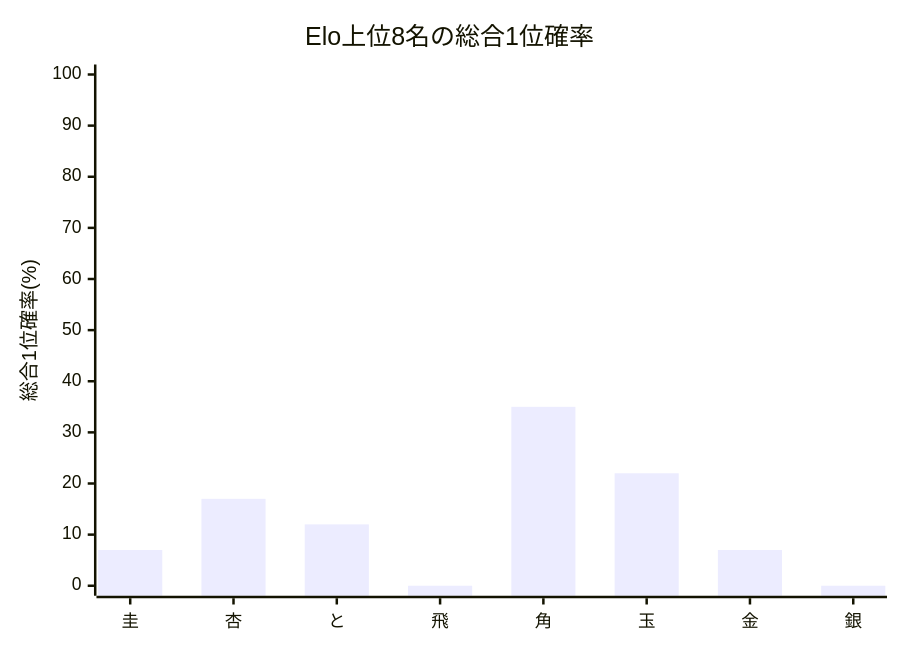
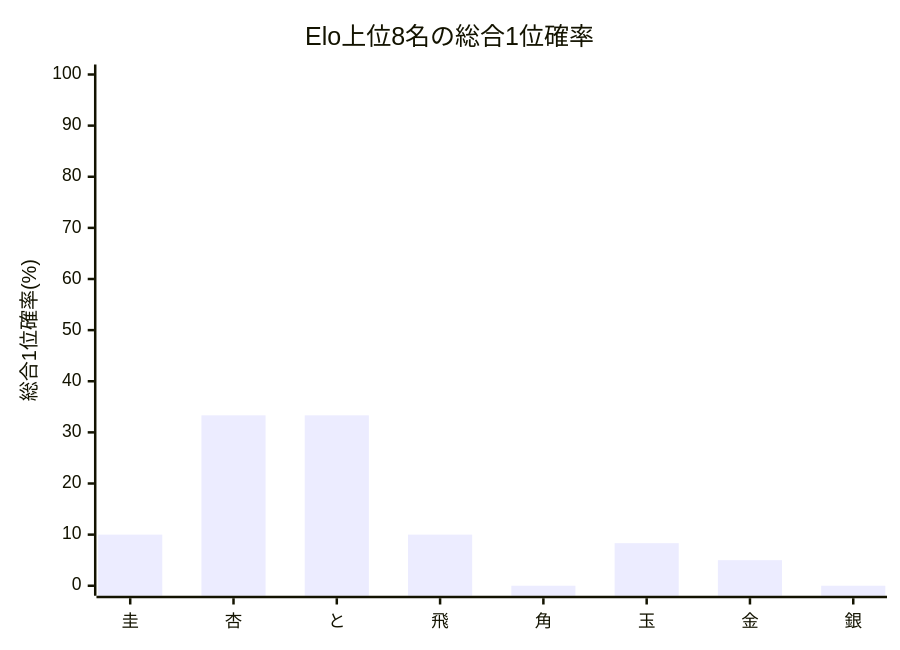
The second of 2 diagrams in Output/TournamentQualityEvaluator/TournamentQualityReport/Summary/[トップ集団大きめ]_[FinalStage_Single10_STSAInput3_smoke]_quality_summary.md (muzudho/ShogiTournamentSystemAnalyzer), drawn with Mermaid before and after one commit. The commit also changed other lines of this file and 6 other files, not shown here.

````diff
--- a/Output/TournamentQualityEvaluator/TournamentQualityReport/Summary/[トップ集団大きめ]_[FinalStage_Single10_STSAInput3_smoke]_quality_summary.md
+++ b/Output/TournamentQualityEvaluator/TournamentQualityReport/Summary/[トップ集団大きめ]_[FinalStage_Single10_STSAInput3_smoke]_quality_summary.md
@@ -51,7 +51,7 @@
 ```mermaid
 xychart-beta
     title "Elo上位8名の総合1位確率"
     x-axis ["圭", "杏", "と", "飛", "角", "玉", "金", "銀"]
     y-axis "総合1位確率(%)" 0 --> 100
-    bar [7.00, 17.00, 12.00, 0.00, 35.00, 22.00, 7.00, 0.00]
+    bar [10.00, 33.33, 33.33, 10.00, 0.00, 8.33, 5.00, 0.00]
 ```
````
